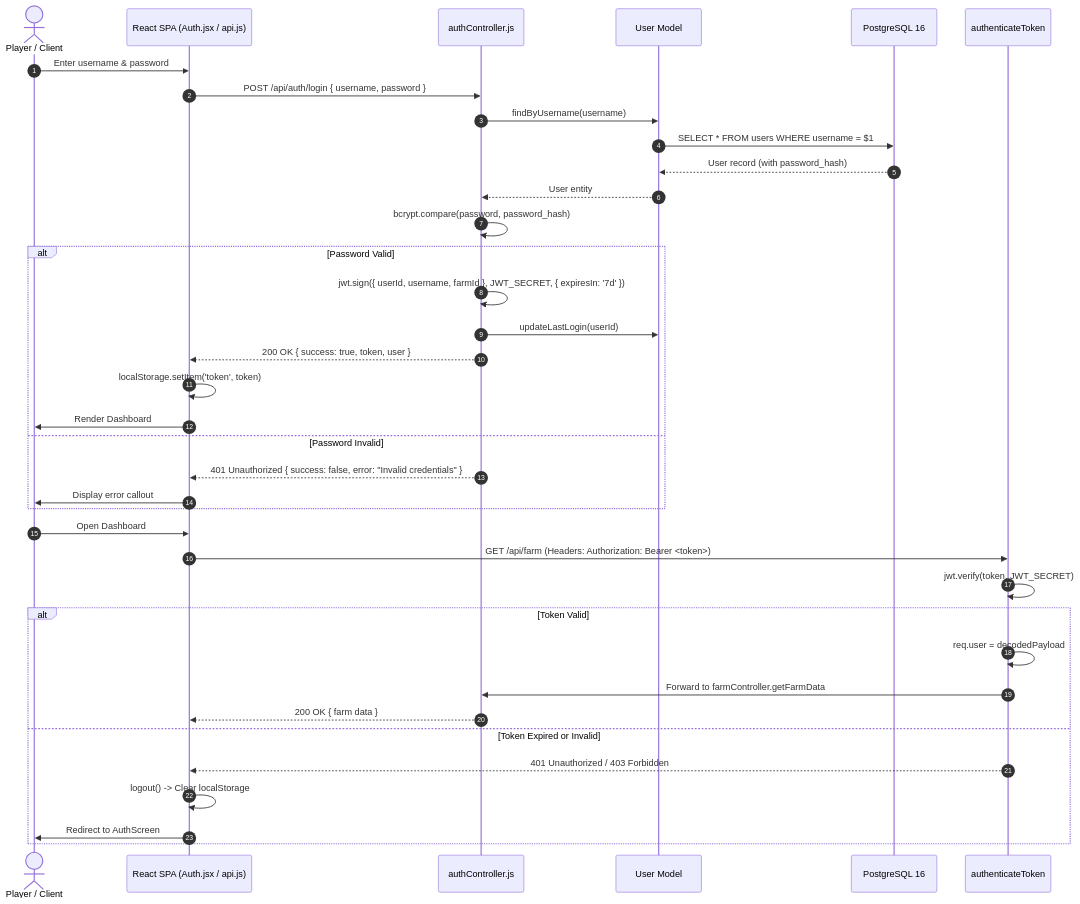
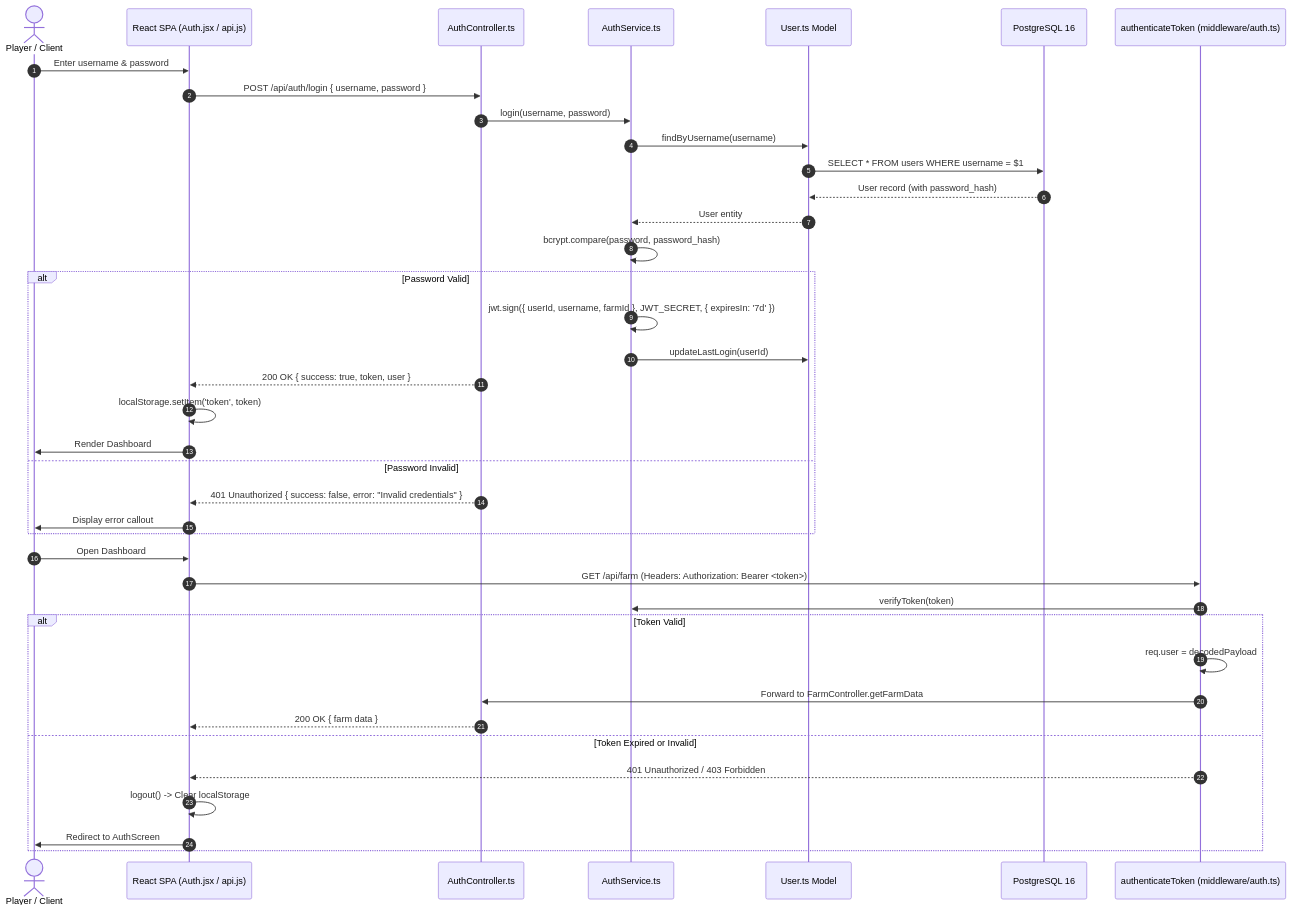
One commit to subhradip-me/eldric-sfl-ai-companion changed the diagram in docs/03_AUTHENTICATION_FLOW.md. Above: the diagram before and after it, drawn with Mermaid. The commit also changed other lines of this file and 12 other files, not shown here.

Commit message:
docs: comprehensive overhaul across docs/ with in-depth TypeScript code snippets and architecture flows

````diff
--- a/docs/03_AUTHENTICATION_FLOW.md
+++ b/docs/03_AUTHENTICATION_FLOW.md
@@ -13,45 +13,47 @@
 ```mermaid
 sequenceDiagram
     autonumber
     actor User as Player / Client
     participant Frontend as React SPA (Auth.jsx / api.js)
-    participant AuthCtrl as authController.js
-    participant UserModel as User Model
+    participant AuthCtrl as AuthController.ts
+    participant AuthSvc as AuthService.ts
+    participant UserModel as User.ts Model
     participant DB as PostgreSQL 16
-    participant Middleware as authenticateToken
+    participant Middleware as authenticateToken (middleware/auth.ts)
 
     %% Registration / Login
     User->>Frontend: Enter username & password
     Frontend->>AuthCtrl: POST /api/auth/login { username, password }
-    AuthCtrl->>UserModel: findByUsername(username)
+    AuthCtrl->>AuthSvc: login(username, password)
+    AuthSvc->>UserModel: findByUsername(username)
     UserModel->>DB: SELECT * FROM users WHERE username = $1
     DB-->>UserModel: User record (with password_hash)
-    UserModel-->>AuthCtrl: User entity
-    AuthCtrl->>AuthCtrl: bcrypt.compare(password, password_hash)
+    UserModel-->>AuthSvc: User entity
+    AuthSvc->>AuthSvc: bcrypt.compare(password, password_hash)
     
     alt Password Valid
-        AuthCtrl->>AuthCtrl: jwt.sign({ userId, username, farmId }, JWT_SECRET, { expiresIn: '7d' })
-        AuthCtrl->>UserModel: updateLastLogin(userId)
+        AuthSvc->>AuthSvc: jwt.sign({ userId, username, farmId }, JWT_SECRET, { expiresIn: '7d' })
+        AuthSvc->>UserModel: updateLastLogin(userId)
         AuthCtrl-->>Frontend: 200 OK { success: true, token, user }
         Frontend->>Frontend: localStorage.setItem('token', token)
         Frontend->>User: Render Dashboard
     else Password Invalid
         AuthCtrl-->>Frontend: 401 Unauthorized { success: false, error: "Invalid credentials" }
         Frontend->>User: Display error callout
     end
 
     %% Authenticated API Call
     User->>Frontend: Open Dashboard
     Frontend->>Middleware: GET /api/farm (Headers: Authorization: Bearer <token>)
-    Middleware->>Middleware: jwt.verify(token, JWT_SECRET)
+    Middleware->>AuthSvc: verifyToken(token)
     
     alt Token Valid
         Middleware->>Middleware: req.user = decodedPayload
-        Middleware->>AuthCtrl: Forward to farmController.getFarmData
+        Middleware->>AuthCtrl: Forward to FarmController.getFarmData
         AuthCtrl-->>Frontend: 200 OK { farm data }
     else Token Expired or Invalid
         Middleware-->>Frontend: 401 Unauthorized / 403 Forbidden
         Frontend->>Frontend: logout() -> Clear localStorage
         Frontend->>User: Redirect to AuthScreen
     end
 ```
````
